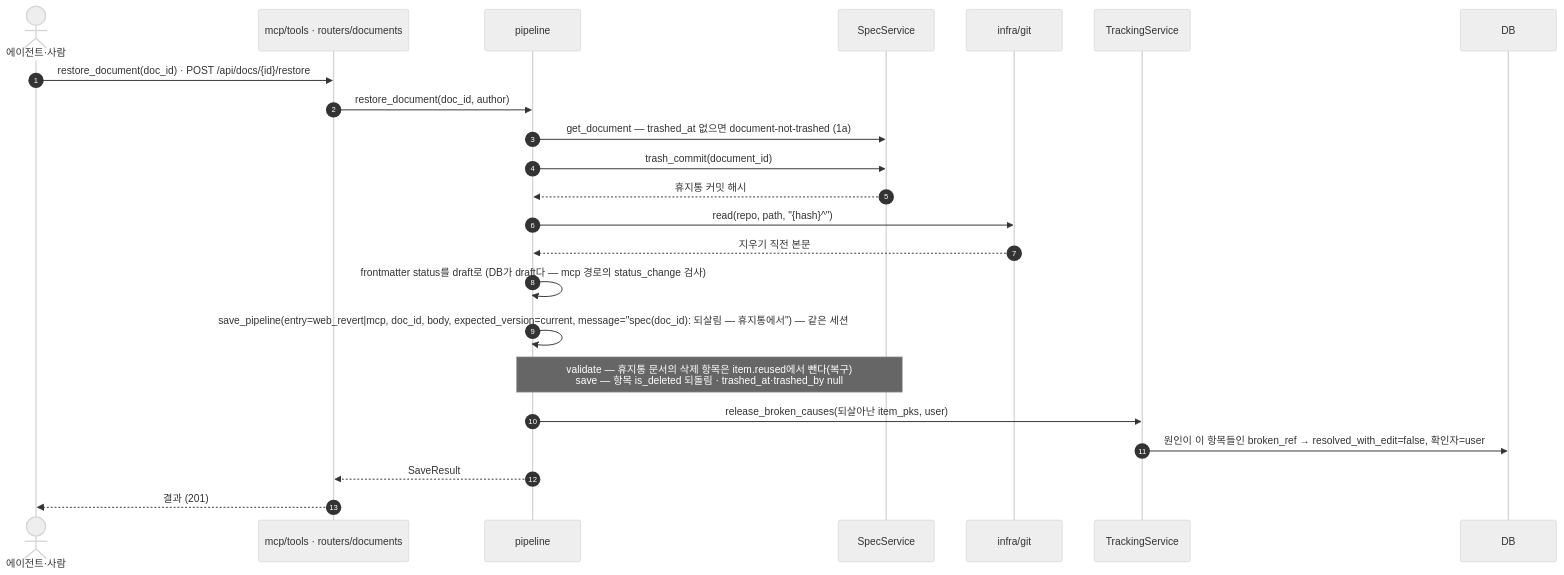
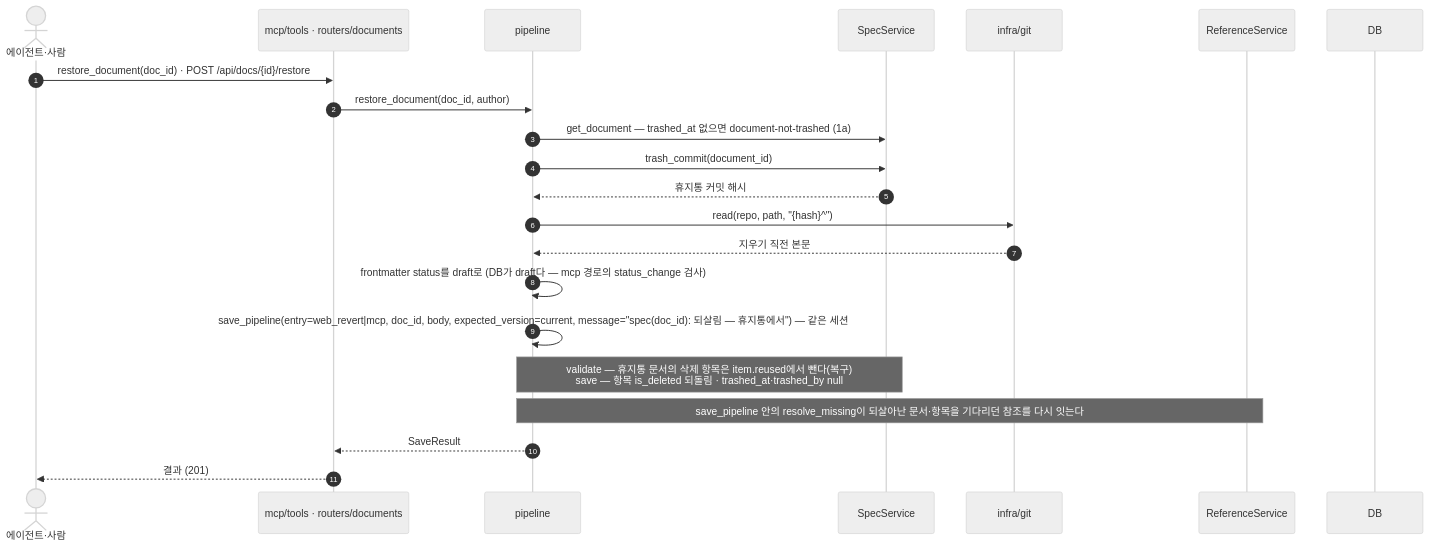
Diagram 19 of 22 in docs/specs/09-SEQ/SYNC-SEQ-001.md (HoyoungParkme/syncdoc), drawn with Mermaid (neutral theme) before and after one commit. The commit also changed other lines of this file and 100 other files, not shown here.

````diff
--- a/docs/specs/09-SEQ/SYNC-SEQ-001.md
+++ b/docs/specs/09-SEQ/SYNC-SEQ-001.md
@@ -1181,26 +929,25 @@
 ```mermaid
 sequenceDiagram
     autonumber
     actor A as 에이전트·사람
     participant T as mcp/tools · routers/documents
     participant P as pipeline
     participant S as SpecService
     participant G as infra/git
-    participant TR as TrackingService
+    participant R as ReferenceService
     participant DB
 
     A->>T: restore_document(doc_id) · POST /api/docs/{id}/restore
     T->>P: restore_document(doc_id, author)
     P->>S: get_document — trashed_at 없으면 document-not-trashed (1a)
     P->>S: trash_commit(document_id)
     S-->>P: 휴지통 커밋 해시
     P->>G: read(repo, path, "{hash}^")
     G-->>P: 지우기 직전 본문
     P->>P: frontmatter status를 draft로 (DB가 draft다 — mcp 경로의 status_change 검사)
     P->>P: save_pipeline(entry=web_revert|mcp, doc_id, body, expected_version=current, message="spec(doc_id): 되살림 — 휴지통에서") — 같은 세션
     Note over P,S: validate — 휴지통 문서의 삭제 항목은 item.reused에서 뺀다(복구)<br/>save — 항목 is_deleted 되돌림 · trashed_at·trashed_by null
-    P->>TR: release_broken_causes(되살아난 item_pks, user)
-    TR->>DB: 원인이 이 항목들인 broken_ref → resolved_with_edit=false, 확인자=user
+    Note over P,R: save_pipeline 안의 resolve_missing이 되살아난 문서·항목을 기다리던 참조를 다시 잇는다
     P-->>T: SaveResult
     T-->>A: 결과 (201)
 ```
````
